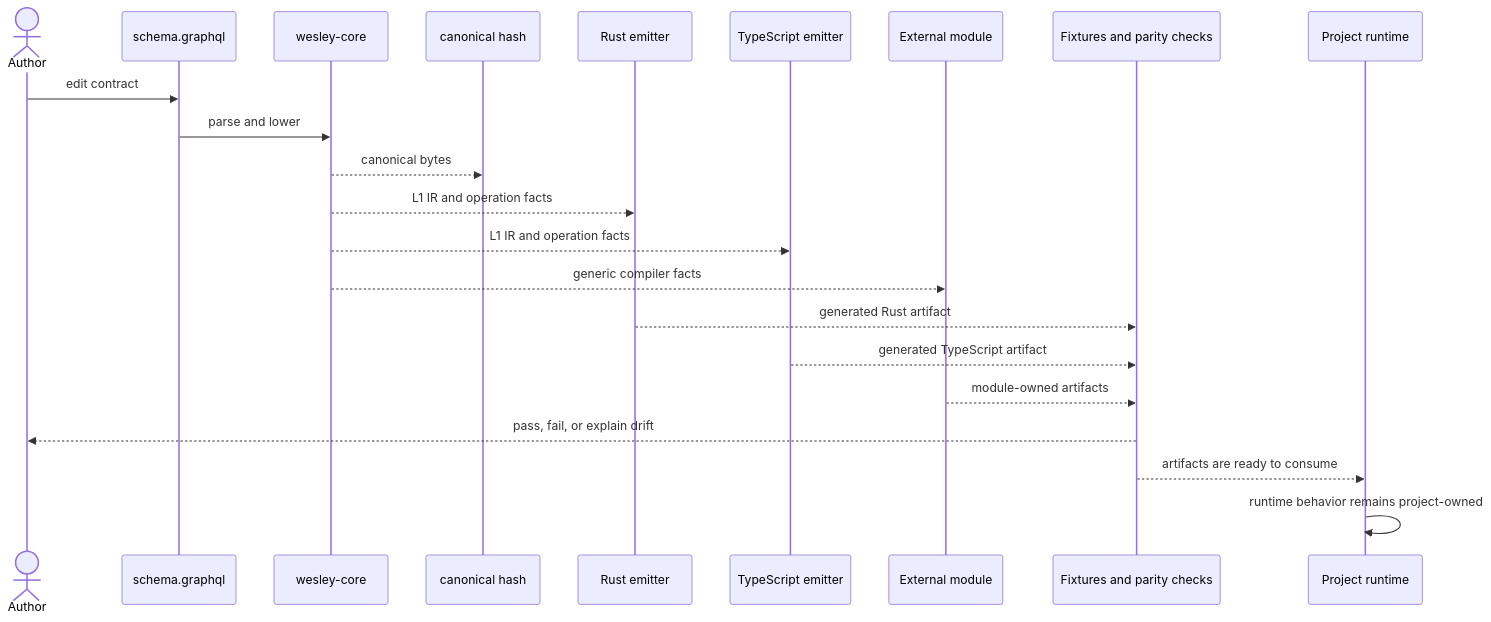
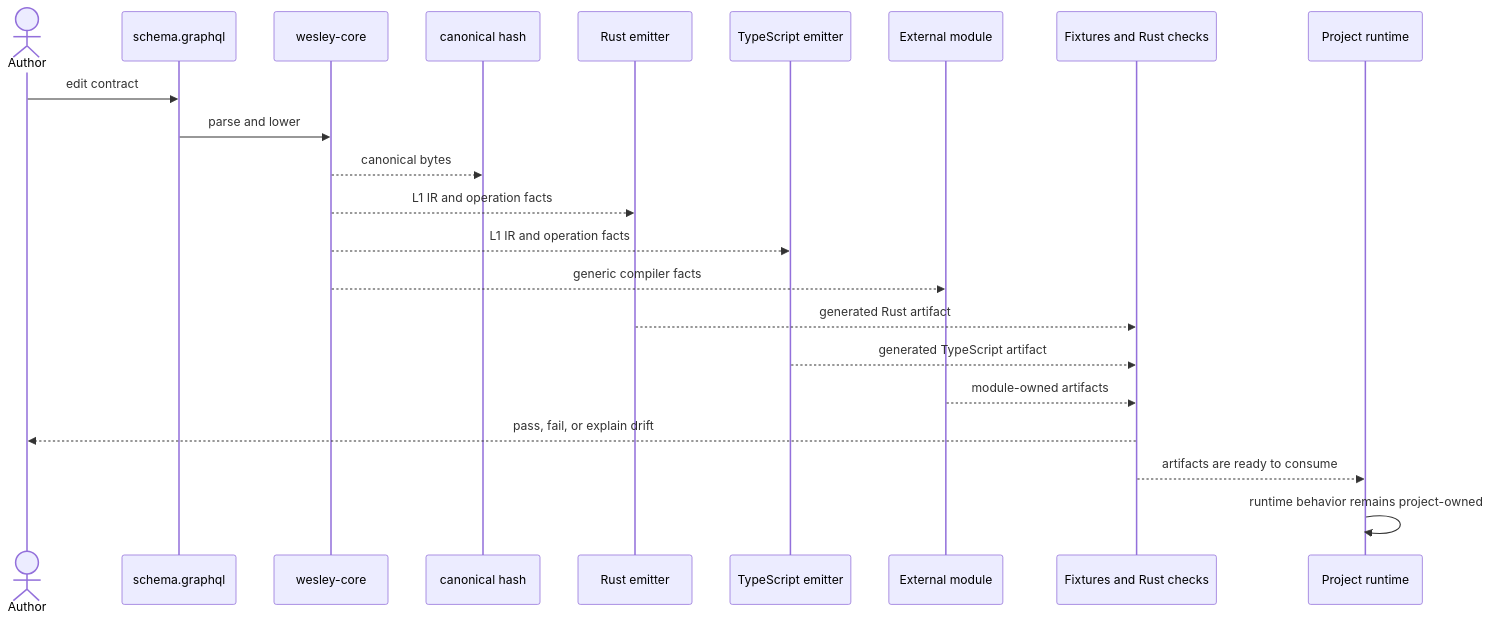
One commit to flyingrobots/wesley changed diagram 24 of 24 in docs/END_TO_END.md. Above: the diagram before and after it, drawn with Mermaid. The commit also changed other lines of this file and 364 other files, not shown here.

````diff
--- a/docs/END_TO_END.md
+++ b/docs/END_TO_END.md
@@ -1081,25 +1055,25 @@
 ```mermaid
 sequenceDiagram
     actor Author
     participant SDL as schema.graphql
     participant Core as wesley-core
     participant Hash as canonical hash
     participant Rust as Rust emitter
     participant TS as TypeScript emitter
     participant Module as External module
-    participant Tests as Fixtures and parity checks
+    participant Tests as Fixtures and Rust checks
     participant Project as Project runtime
 
     Author->>SDL: edit contract
     SDL->>Core: parse and lower
     Core-->>Hash: canonical bytes
     Core-->>Rust: L1 IR and operation facts
     Core-->>TS: L1 IR and operation facts
     Core-->>Module: generic compiler facts
     Rust-->>Tests: generated Rust artifact
     TS-->>Tests: generated TypeScript artifact
     Module-->>Tests: module-owned artifacts
     Tests-->>Author: pass, fail, or explain drift
     Tests-->>Project: artifacts are ready to consume
     Project->>Project: runtime behavior remains project-owned
 ```
````
